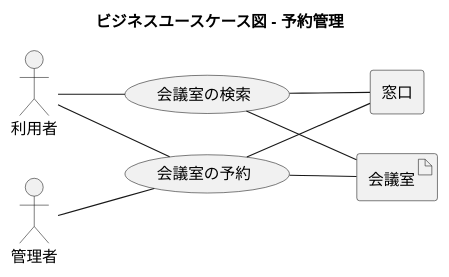
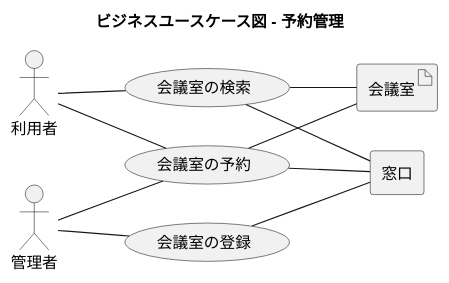
Before and after one commit to k2works/case-study-mrs: the fifth of 17 diagrams in docs/index.adoc, drawn with PlantUML. The commit also changed other lines of this file, not shown here.

```diff
--- a/docs/index.adoc
+++ b/docs/index.adoc
@@ -145,29 +145,32 @@
 [plantuml]
 ----
 @startuml
 
 title ビジネスユースケース図 - 予約管理
 
 left to right direction
 
 actor 利用者 as ac_01
 actor 管理者 as ac_02
 
 agent 窓口 as ag_01
 
 usecase 会議室の検索 as uc_01
 usecase 会議室の予約 as uc_02
+usecase 会議室の登録 as uc_03
 
 artifact 会議室 as af_01
 
 ac_01 -- (uc_01)
 ac_01 -- (uc_02)
 ac_02 -- (uc_02)
+ac_02 -- (uc_03)
 
 (uc_01) -- af_01
 (uc_01) -- ag_01
 (uc_02) -- af_01
 (uc_02) -- ag_01
+(uc_03) -- ag_01
 
 @enduml
 ----
```
